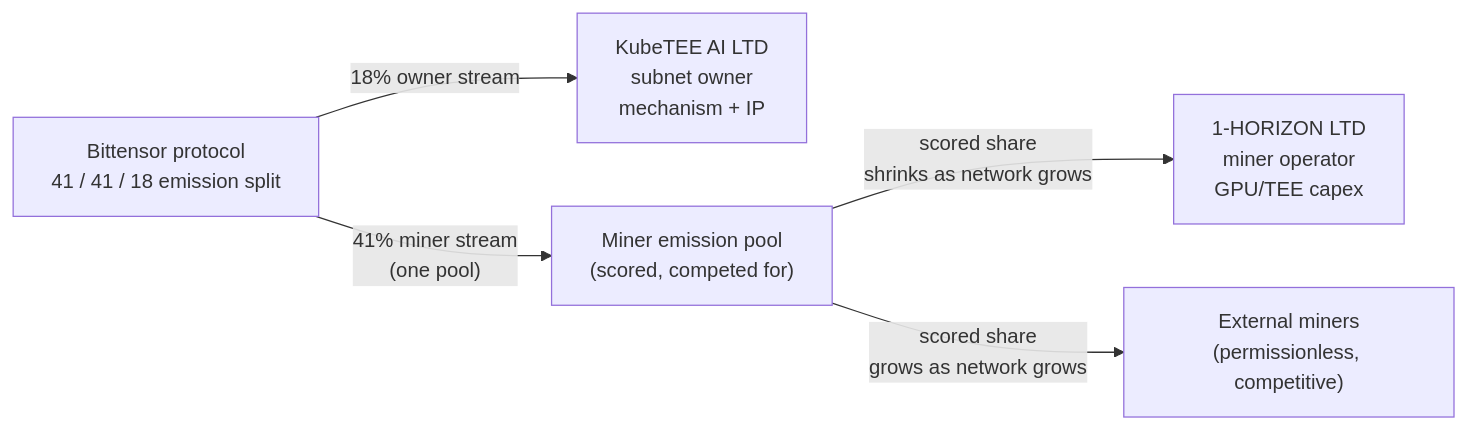
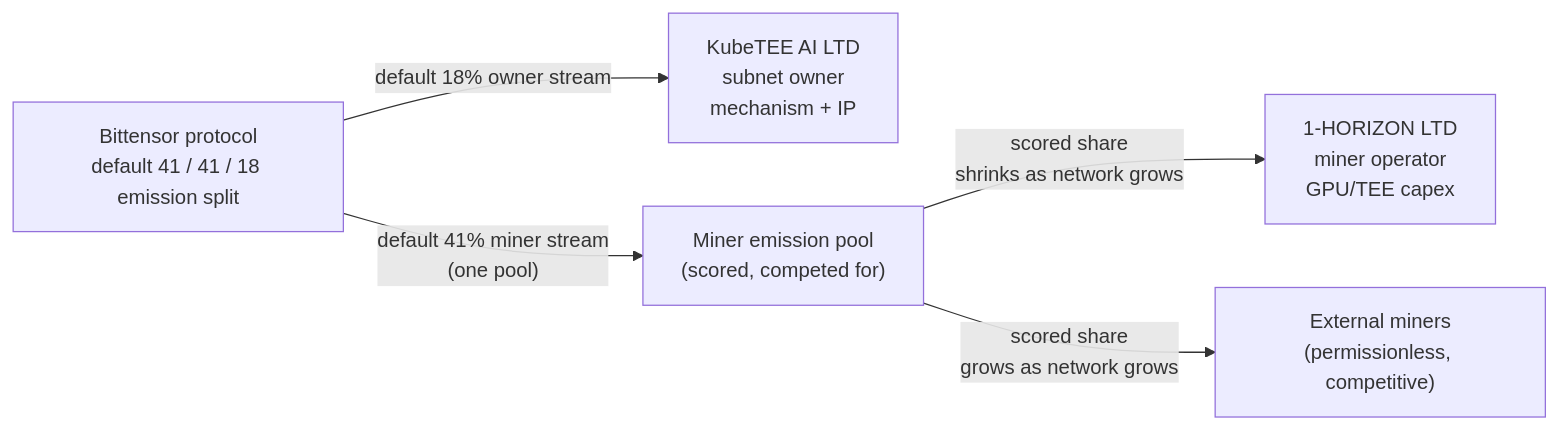
The second of 3 diagrams in docs/TOKENOMICS.md (KubeTEE-AI/kubetee-subnet), drawn with Mermaid before and after one commit. The commit also changed other lines of this file, not shown here.

````diff
--- a/docs/TOKENOMICS.md
+++ b/docs/TOKENOMICS.md
@@ -175,8 +190,8 @@
 ```mermaid
 flowchart LR
-    Proto["Bittensor protocol<br/>41 / 41 / 18 emission split"]
-    Proto -->|"18% owner stream"| Kube["KubeTEE AI LTD<br/>subnet owner<br/>mechanism + IP"]
-    Proto -->|"41% miner stream<br/>(one pool)"| Pool["Miner emission pool<br/>(scored, competed for)"]
+    Proto["Bittensor protocol<br/>default 41 / 41 / 18 emission split"]
+    Proto -->|"default 18% owner stream"| Kube["KubeTEE AI LTD<br/>subnet owner<br/>mechanism + IP"]
+    Proto -->|"default 41% miner stream<br/>(one pool)"| Pool["Miner emission pool<br/>(scored, competed for)"]
     Pool -->|"scored share<br/>shrinks as network grows"| Hori["1-HORIZON LTD<br/>miner operator<br/>GPU/TEE capex"]
     Pool -->|"scored share<br/>grows as network grows"| Ext["External miners<br/>(permissionless, competitive)"]
 ```
````
